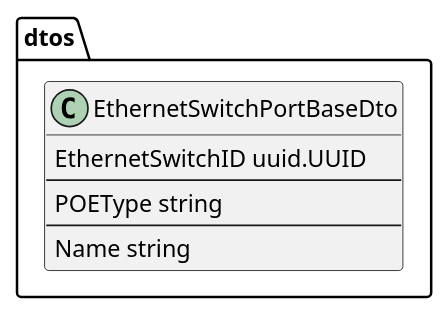
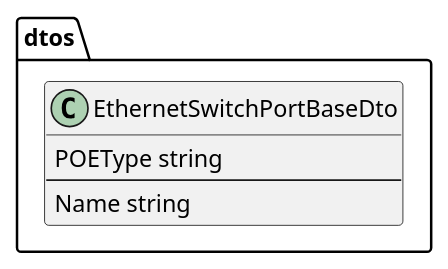
Before and after one commit to lf-edge/rol: the diagram in docs/plantuml/dto/EthernetSwitchPort/EthernetSwitchPortBaseDto.puml, drawn with PlantUML.

Commit message:
docs: puml: dto: ethernet-switch-port: remove switch id field * Switch ID will be passed as a parameter

```diff
--- a/docs/plantuml/dto/EthernetSwitchPort/EthernetSwitchPortBaseDto.puml
+++ b/docs/plantuml/dto/EthernetSwitchPort/EthernetSwitchPortBaseDto.puml
@@ -1,13 +1,11 @@
 @startuml EthernetSwitchPortBaseDto
 
 package dtos {
     class EthernetSwitchPortBaseDto {
-        EthernetSwitchID uuid.UUID
-        --
         POEType string
         --
         Name string
     }
 }
 
 @enduml
```
